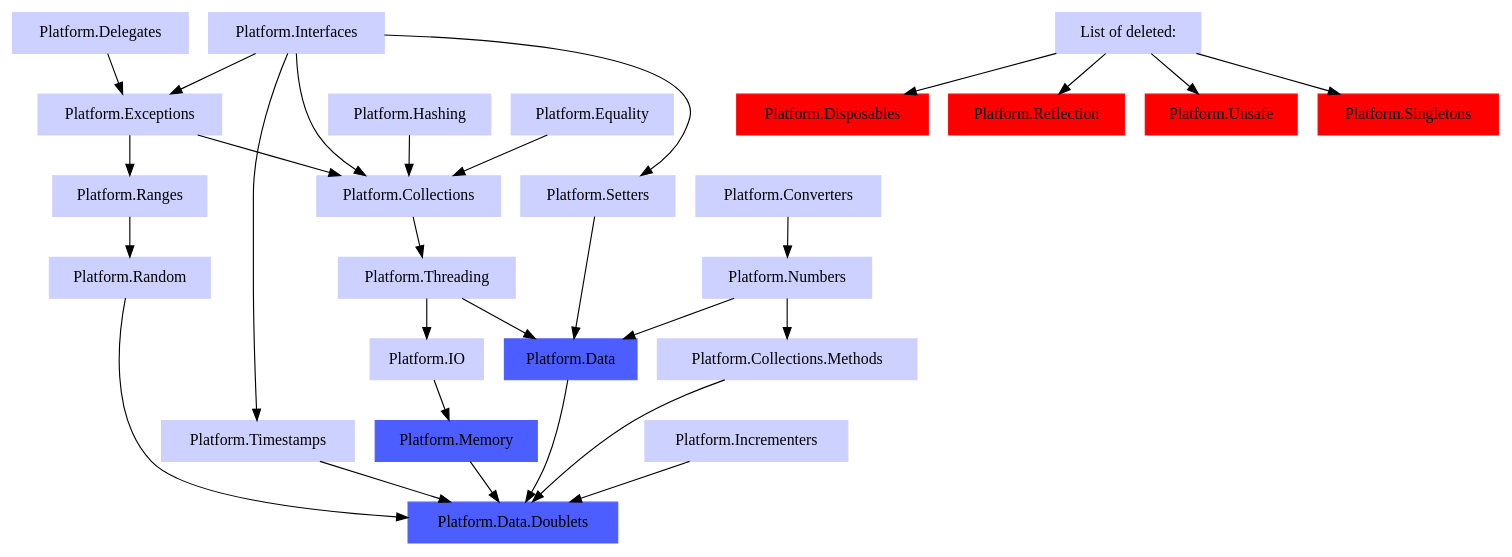
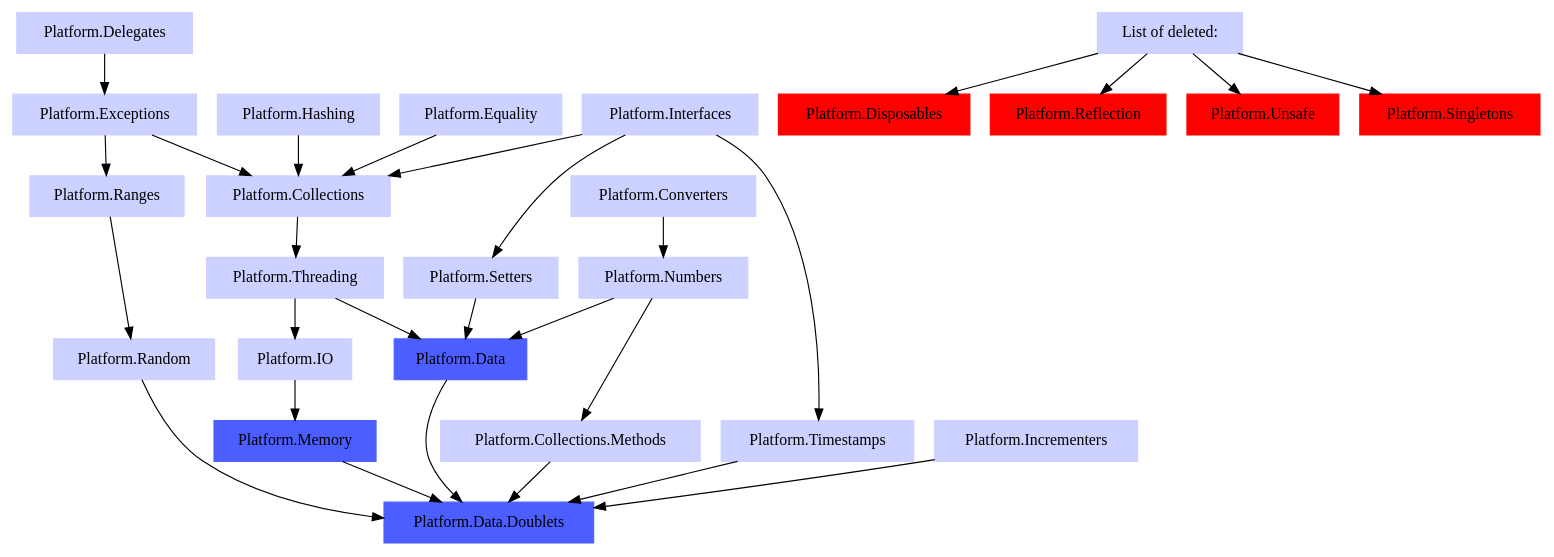
Before and after one commit to linksplatform/Documentation: the diagram in doc/Dependencies/Platform.Data.Doublets.cpp.dot, drawn with Graphviz.

```diff
--- a/doc/Dependencies/Platform.Data.Doublets.cpp.dot
+++ b/doc/Dependencies/Platform.Data.Doublets.cpp.dot
@@ -1,70 +1,69 @@
 digraph PlatformDataDoubletsDependencies {
   node [style=filled, color="0.650 0.200 1.000", shape="rectangle"]
 
 
   "Platform.Delegates" -> "Platform.Exceptions" 
-  "Platform.Interfaces" -> "Platform.Exceptions" 
   "Platform.Interfaces" -> "Platform.Collections"
 
   "Platform.Exceptions" -> "Platform.Ranges"
   "Platform.Exceptions" -> "Platform.Collections"
 
   "Platform.Threading" -> "Platform.IO"
 
   "Platform.Collections" -> "Platform.Threading"
 
   "Platform.Converters" -> "Platform.Numbers"
 
   "Platform.Numbers" -> "Platform.Collections.Methods"
 
   "Platform.Ranges" -> "Platform.Random"
 
   "Platform.Interfaces" -> "Platform.Timestamps"
 
   "Platform.Interfaces" -> "Platform.Setters"
 
   "Platform.IO" -> "Platform.Memory"
 
   "Platform.Threading" -> "Platform.Data"
   "Platform.Numbers" -> "Platform.Data"
   "Platform.Setters" -> "Platform.Data"
 
   "Platform.Random" -> "Platform.Data.Doublets"
   "Platform.Timestamps" -> "Platform.Data.Doublets"
   "Platform.Collections.Methods" -> "Platform.Data.Doublets"
   "Platform.Memory" -> "Platform.Data.Doublets"
   "Platform.Data" -> "Platform.Data.Doublets"
   "Platform.Incrementers" -> "Platform.Data.Doublets"
 
   "List of deleted: " -> "Platform.Disposables"
   "List of deleted: " -> "Platform.Reflection"
   "List of deleted: " -> "Platform.Unsafe"
   "List of deleted: " -> "Platform.Singletons"
 
   "Platform.Hashing" -> "Platform.Collections"
   "Platform.Equality" -> "Platform.Collections"
 
   "Platform.Hashing" [href="https://github.com/linksplatform/Hashing"]
   "Platform.Equality" [href="https://github.com/linksplatform/Equality"]
   "Platform.Delegates" [href="https://github.com/linksplatform/Delegates"]
   "Platform.Exceptions" [href="https://github.com/linksplatform/Exceptions"]
   "Platform.Disposables" [color="1.000 1.000 1.000", href="https://github.com/linksplatform/Disposables"]
   "Platform.Unsafe" [color="1.000 1.000 1.000", href="https://github.com/linksplatform/Unsafe"]
   "Platform.Collections" [href="https://github.com/linksplatform/Collections"]
   "Platform.Converters" [href="https://github.com/linksplatform/Converters"]
   "Platform.Ranges" [href="https://github.com/linksplatform/Ranges"]
   "Platform.Interfaces" [href="https://github.com/linksplatform/Interfaces"]
   "Platform.Incrementers" [href="https://github.com/linksplatform/Incrementers"]
   "Platform.Reflection" [color="1.000 1.000 1.000", href="https://github.com/linksplatform/Reflection"]
   "Platform.IO" [href="https://github.com/linksplatform/IO"]
   "Platform.Threading" [href="https://github.com/linksplatform/Threading"]
   "Platform.Numbers" [href="https://github.com/linksplatform/Numbers"]
   "Platform.Setters" [href="https://github.com/linksplatform/Setters"]
   "Platform.Random" [href="https://github.com/linksplatform/Random"]
   "Platform.Timestamps" [href="https://github.com/linksplatform/Timestamps"]
   "Platform.Collections.Methods" [href="https://github.com/linksplatform/Collections.Methods"]
   "Platform.Singletons" [color="1.000 1.000 1.000", href="https://github.com/linksplatform/Singletons"]
   "Platform.Memory" [color="0.650 0.700 1.000", href="https://github.com/linksplatform/Memory"]
   "Platform.Data" [color="0.650 0.700 1.000", href="https://github.com/linksplatform/Data"]
   "Platform.Data.Doublets" [color="0.650 0.700 1.000", style=filled, href="https://github.com/linksplatform/Data.Doublets"]
 }
```
